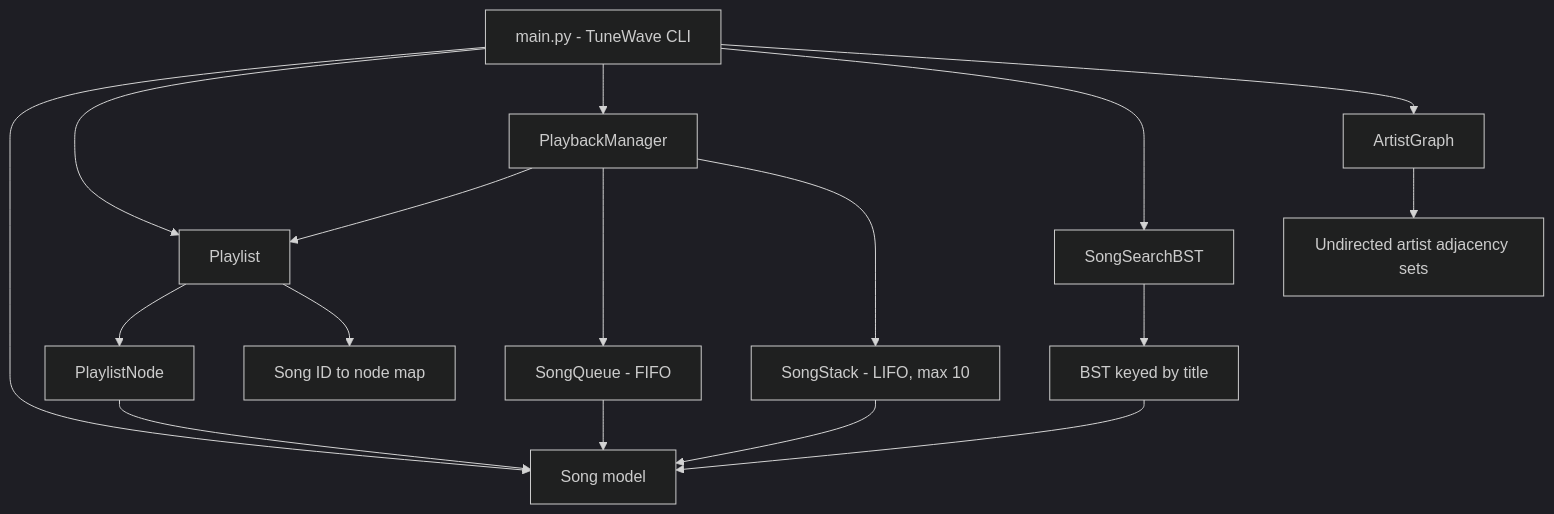
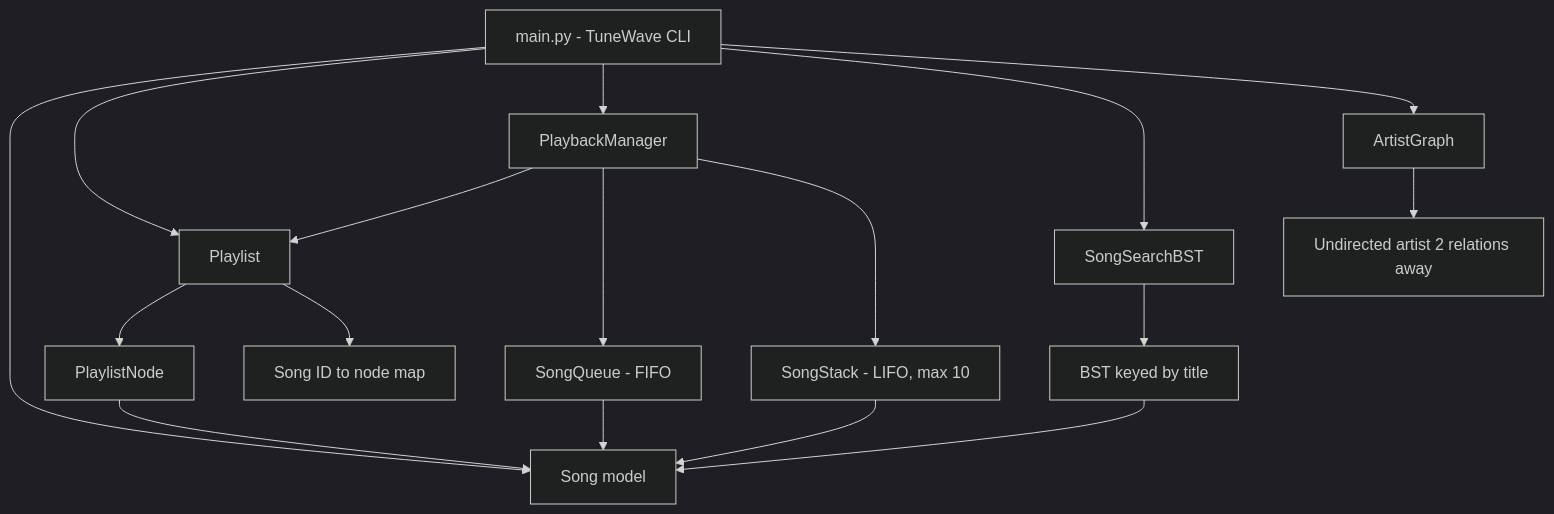
One commit to AWSCloudClubMuet/HacktoberFest-3.0 changed the diagram in submissions/team-highkey-legends/Issue-13/tunewave/README.md. Above: the diagram before and after it, drawn with Mermaid (dark theme). The commit also changed other lines of this file and 5 other files, not shown here.

````diff
--- a/submissions/team-highkey-legends/Issue-13/tunewave/README.md
+++ b/submissions/team-highkey-legends/Issue-13/tunewave/README.md
@@ -34,20 +34,20 @@
 ```mermaid
 flowchart TD
     Main[main.py - TuneWave CLI] --> Song[Song model]
     Main --> Playlist[Playlist]
     Main --> Playback[PlaybackManager]
     Main --> Search[SongSearchBST]
     Main --> Recommendations[ArtistGraph]
 
     Playlist --> Node[PlaylistNode]
     Playlist --> Map[Song ID to node map]
     Playback --> Playlist
     Playback --> Queue[SongQueue - FIFO]
     Playback --> History[SongStack - LIFO, max 10]
     Queue --> Song
     History --> Song
     Node --> Song
     Search --> BST[BST keyed by title]
     BST --> Song
-    Recommendations --> Graph[Undirected artist adjacency sets]
+    Recommendations --> Graph[Undirected artist 2 relations away]
 ```
````
